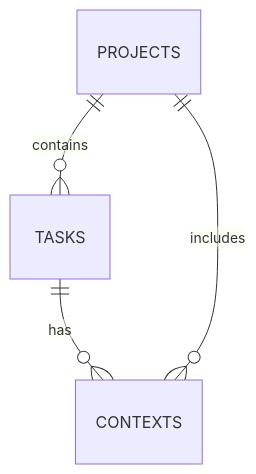
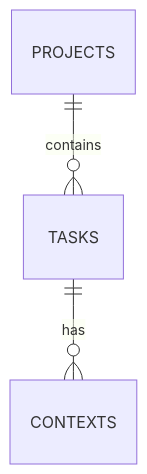
The diagram in README.md (maiks1986/on-task), drawn with Mermaid before and after one commit. The commit also changed other lines of this file, not shown here.

Commit message:
Update README to remove project_id from Contexts table schema

````diff
--- a/README.md
+++ b/README.md
@@ -232,6 +231,5 @@
 ```mermaid
 erDiagram
     PROJECTS ||--o{ TASKS : contains
     TASKS ||--o{ CONTEXTS : has
-    PROJECTS ||--o{ CONTEXTS : includes
 ```
````
